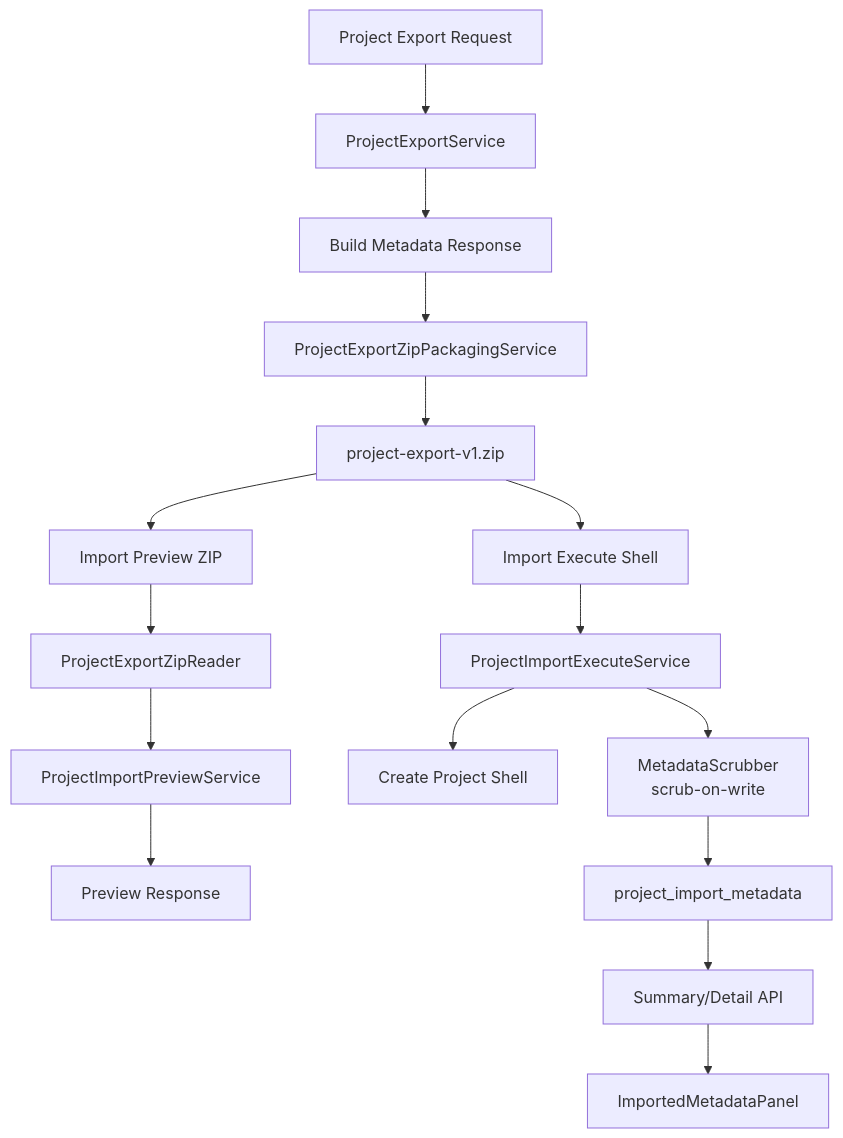
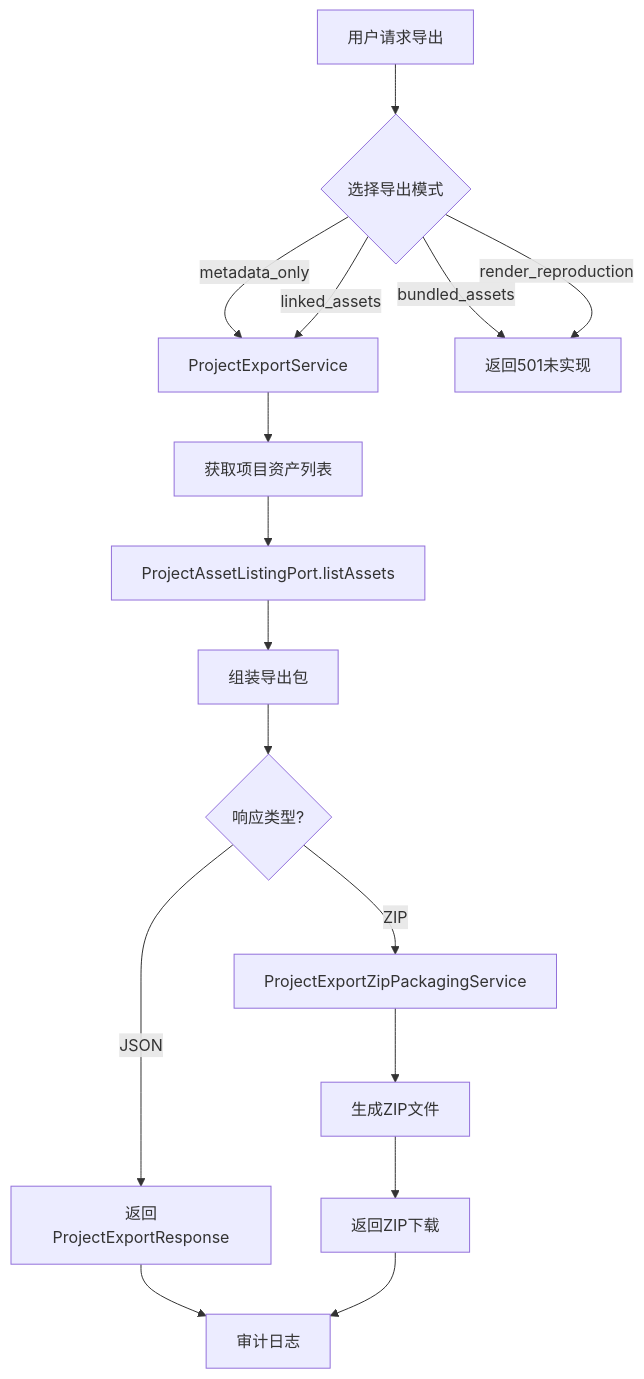
One commit to shangxq007/media-platform changed the second of 8 diagrams in docs/architecture/p4-import-export-architecture.md. Above: the diagram before and after it, drawn with Mermaid. The commit also changed other lines of this file and 6 other files, not shown here.

First line of the commit message:
docs: restructure P4 Import/Export Pipeline documentation

````diff
--- a/docs/architecture/p4-import-export-architecture.md
+++ b/docs/architecture/p4-import-export-architecture.md
@@ -185,21 +216,21 @@
 ```mermaid
 flowchart TD
-    A["Project Export Request"] --> B["ProjectExportService"]
-    B --> C["Build Metadata Response"]
+    A[用户请求导出] --> B{选择导出模式}
+    B -->|metadata_only| C[ProjectExportService]
+    B -->|linked_assets| C
+    B -->|bundled_assets| D[返回501未实现]
+    B -->|render_reproduction| D
 
-    C --> D["ProjectExportZipPackagingService"]
-    D --> E["project-export-v1.zip"]
+    C --> E[获取项目资产列表]
+    E --> F[ProjectAssetListingPort.listAssets]
+    F --> G[组装导出包]
+    G --> H{响应类型?}
 
-    E --> F["Import Preview ZIP"]
-    F --> G["ProjectExportZipReader"]
-    G --> H["ProjectImportPreviewService"]
-    H --> I["Preview Response"]
+    H -->|JSON| I[返回ProjectExportResponse]
+    H -->|ZIP| J[ProjectExportZipPackagingService]
+    J --> K[生成ZIP文件]
+    K --> L[返回ZIP下载]
 
-    E --> J["Import Execute Shell"]
-    J --> K["ProjectImportExecuteService"]
-    K --> L["Create Project Shell"]
-    K --> L2["MetadataScrubber<br/>scrub-on-write"]
-    L2 --> M["project_import_metadata"]
-    M --> N["Summary/Detail API"]
-    N --> O["ImportedMetadataPanel"]
+    I --> M[审计日志]
+    L --> M
 ```
````
